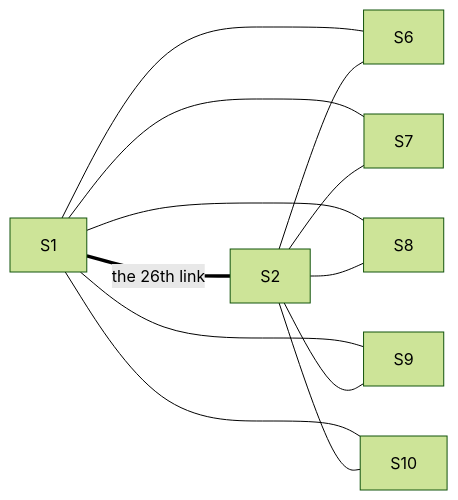
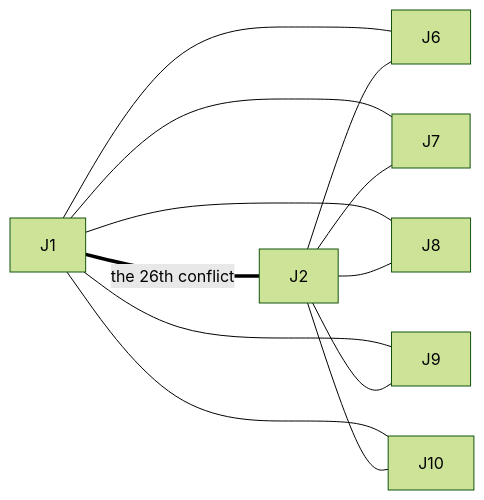
The second of 2 diagrams in Cards/04-Combinatorics and graphs/14-Ramsey and Extremal, in Outline/05-mantel-and-turan.md (wappy-x/Mathematics), drawn with Mermaid (forest theme) before and after one commit. The commit also changed other lines of this file and 20 other files, not shown here.

Commit message:
Combinatorics, Ramsey and Extremal: carrier and job-conflict examples, d ≥ 1 condition on the local lemma, accurate link notes, next-card hand-offs

````diff
--- a/Cards/04-Combinatorics and graphs/14-Ramsey and Extremal, in Outline/05-mantel-and-turan.md
+++ b/Cards/04-Combinatorics and graphs/14-Ramsey and Extremal, in Outline/05-mantel-and-turan.md
@@ -133,6 +137,6 @@
 ```mermaid
 flowchart LR
-    S1 ===|"the 26th link"| S2
-    S1 --- S6 & S7 & S8 & S9 & S10
-    S2 --- S6 & S7 & S8 & S9 & S10
+    J1 ===|"the 26th conflict"| J2
+    J1 --- J6 & J7 & J8 & J9 & J10
+    J2 --- J6 & J7 & J8 & J9 & J10
 ```
````
